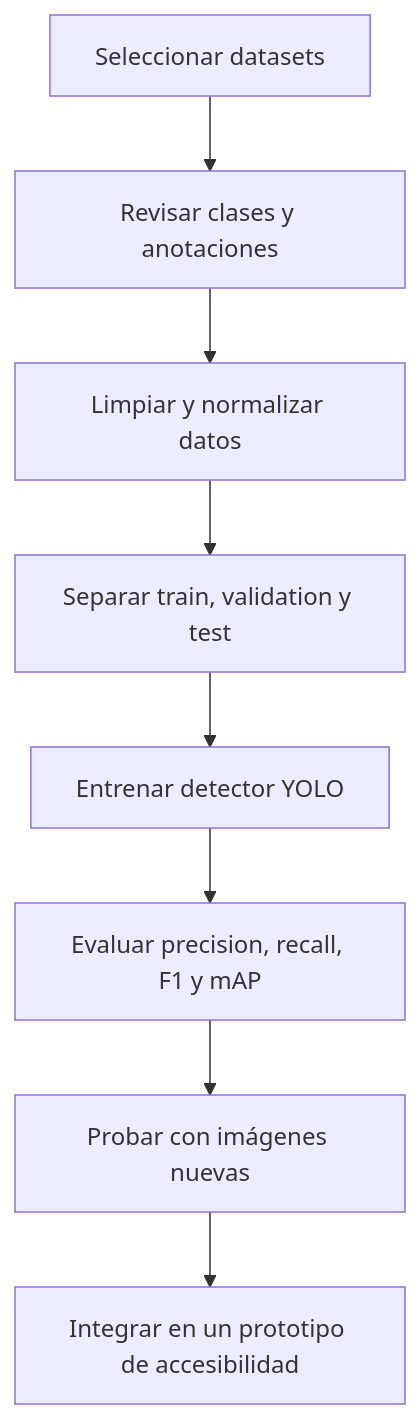
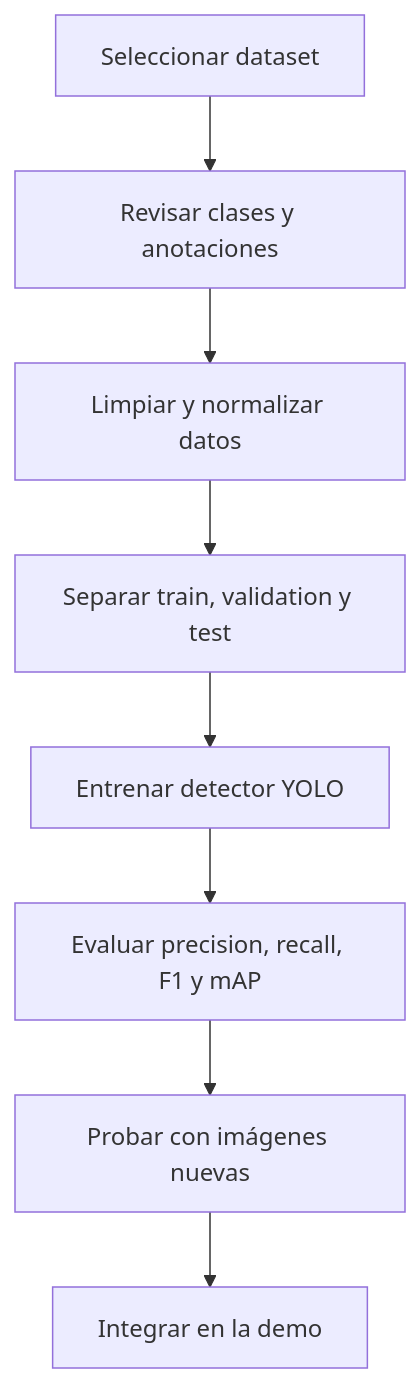
One commit to MohamedElderkaoui/Proyectos-iaa changed the second of 2 diagrams in README.md. Above: the diagram before and after it, drawn with Mermaid. The commit also changed other lines of this file, not shown here.

````diff
--- a/README.md
+++ b/README.md
@@ -209,10 +195,10 @@
- ```mermaid
- flowchart TD
-     A[Seleccionar datasets] --> B[Revisar clases y anotaciones]
-     B --> C[Limpiar y normalizar datos]
-     C --> D[Separar train, validation y test]
-     D --> E[Entrenar detector YOLO]
-     E --> F[Evaluar precision, recall, F1 y mAP]
-     F --> G[Probar con imágenes nuevas]
-     G --> H[Integrar en un prototipo de accesibilidad]
- ```
+```mermaid
+flowchart TD
+    A[Seleccionar dataset] --> B[Revisar clases y anotaciones]
+    B --> C[Limpiar y normalizar datos]
+    C --> D[Separar train, validation y test]
+    D --> E[Entrenar detector YOLO]
+    E --> F[Evaluar precision, recall, F1 y mAP]
+    F --> G[Probar con imágenes nuevas]
+    G --> H[Integrar en la demo]
+```
````
